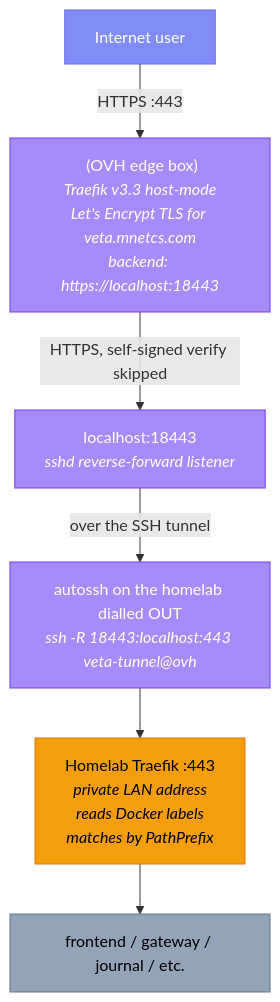
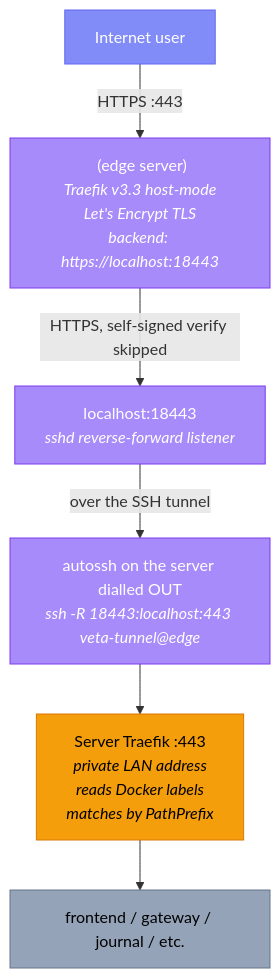
One commit to milesburton/veta-trading-platform changed the diagram in docs/site/src/content/docs/platform/edge-architecture.md. Above: the diagram before and after it, drawn with Mermaid. The commit also changed other lines of this file and 52 other files, not shown here.

````diff
--- a/docs/site/src/content/docs/platform/edge-architecture.md
+++ b/docs/site/src/content/docs/platform/edge-architecture.md
@@ -18,20 +18,20 @@
 ```mermaid
 graph TD
     USER["Internet user"]:::client
-    OVH["<edge-server> (OVH edge box)<br/><i>Traefik v3.3 host-mode<br/>Let's Encrypt TLS for veta.mnetcs.com<br/>backend: https://localhost:18443</i>"]:::edge
+    EDGE["<edge-server> (edge server)<br/><i>Traefik v3.3 host-mode<br/>Let's Encrypt TLS<br/>backend: https://localhost:18443</i>"]:::edge
     LOCAL["localhost:18443<br/><i>sshd reverse-forward listener</i>"]:::edge
-    TUNNEL["autossh on the homelab dialled OUT<br/><i>ssh -R 18443:localhost:443 veta-tunnel@ovh</i>"]:::edge
-    HL["Homelab Traefik :443<br/><i>private LAN address<br/>reads Docker labels<br/>matches by PathPrefix</i>"]:::gateway
+    TUNNEL["autossh on the server dialled OUT<br/><i>ssh -R 18443:localhost:443 veta-tunnel@edge</i>"]:::edge
+    HL["Server Traefik :443<br/><i>private LAN address<br/>reads Docker labels<br/>matches by PathPrefix</i>"]:::gateway
     SVC["frontend / gateway / journal / etc."]:::support
 
-    USER -->|"HTTPS :443"| OVH
-    OVH -->|"HTTPS, self-signed verify skipped"| LOCAL
+    USER -->|"HTTPS :443"| EDGE
+    EDGE -->|"HTTPS, self-signed verify skipped"| LOCAL
     LOCAL -->|"over the SSH tunnel"| TUNNEL
     TUNNEL --> HL
     HL --> SVC
 
     classDef client fill:#818cf8,stroke:#6366f1,color:#fff
     classDef edge fill:#a78bfa,stroke:#7c3aed,color:#fff
     classDef gateway fill:#f59e0b,stroke:#d97706,color:#000
     classDef support fill:#94a3b8,stroke:#64748b,color:#000
 ```
````
